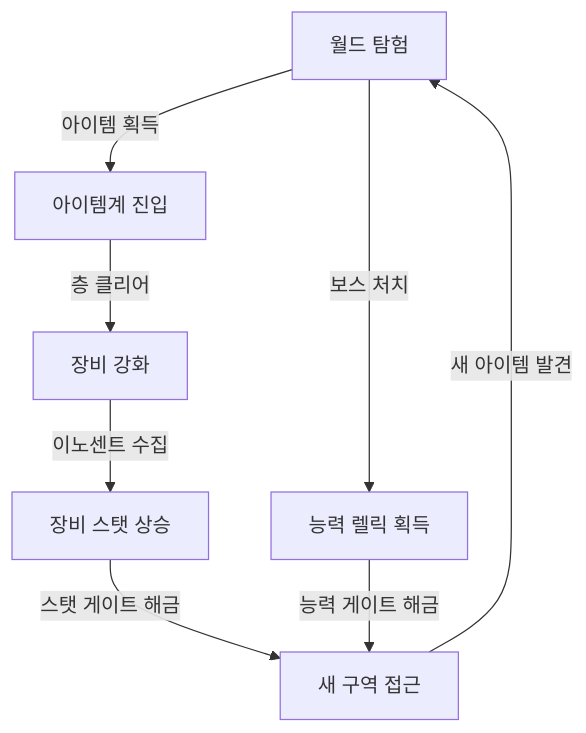
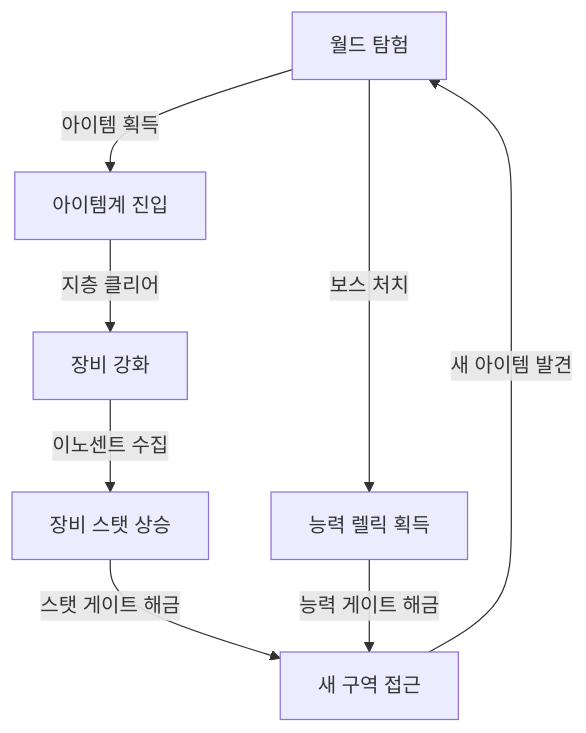
The second of 2 diagrams in Documents/Terms/Project_Vision_Abyss.md (Biskraft/ProjectAbyss), drawn with Mermaid before and after one commit. The commit also changed other lines of this file and 4 other files, not shown here.

First line of the commit message:
docs: rewrite Item World system to Memory Strata architecture

````diff
--- a/Documents/Terms/Project_Vision_Abyss.md
+++ b/Documents/Terms/Project_Vision_Abyss.md
@@ -116,11 +116,11 @@
 ```mermaid
 graph TD
     A[월드 탐험] -->|아이템 획득| B[아이템계 진입]
-    B -->|층 클리어| C[장비 강화]
+    B -->|지층 클리어| C[장비 강화]
     C -->|이노센트 수집| D[장비 스탯 상승]
     D -->|스탯 게이트 해금| E[새 구역 접근]
     E -->|새 아이템 발견| A
 
     A -->|보스 처치| F[능력 렐릭 획득]
     F -->|능력 게이트 해금| E
 ```
````
